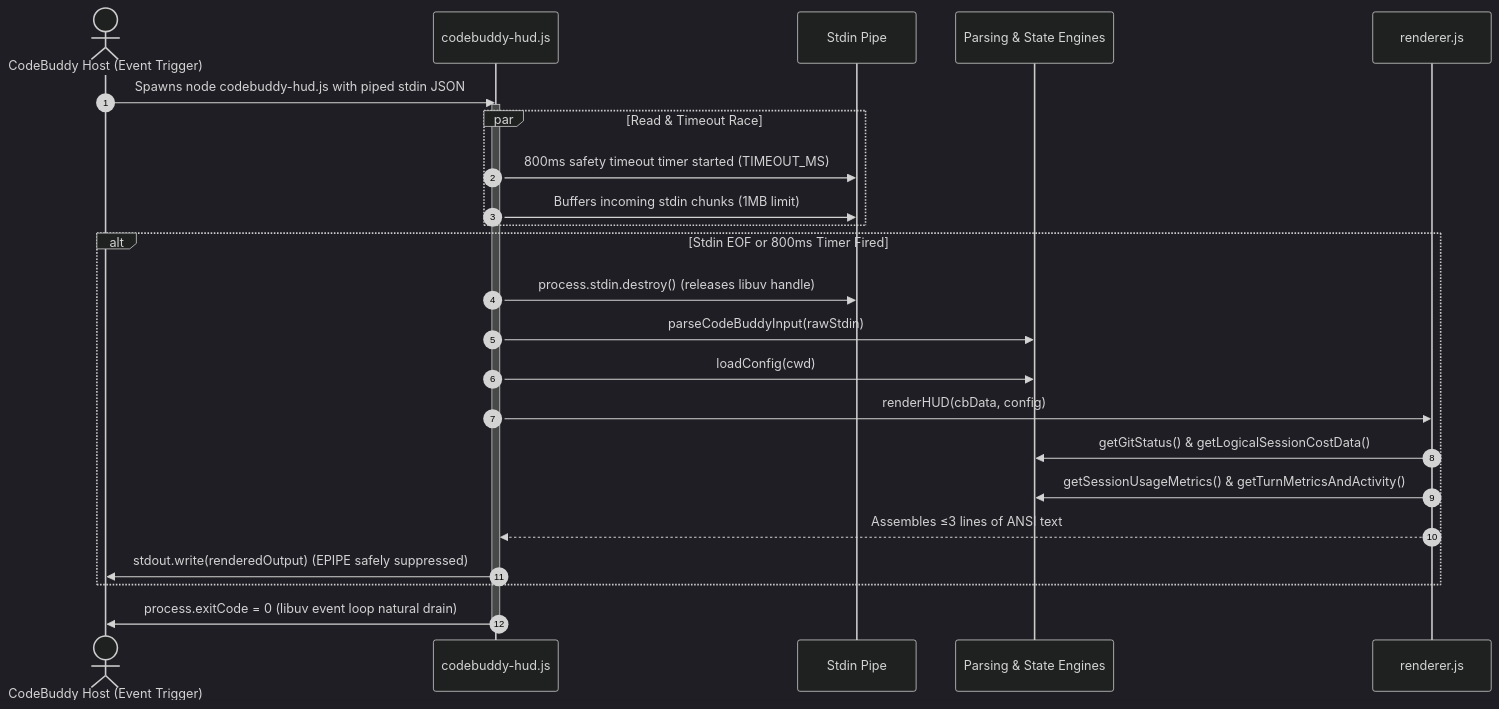
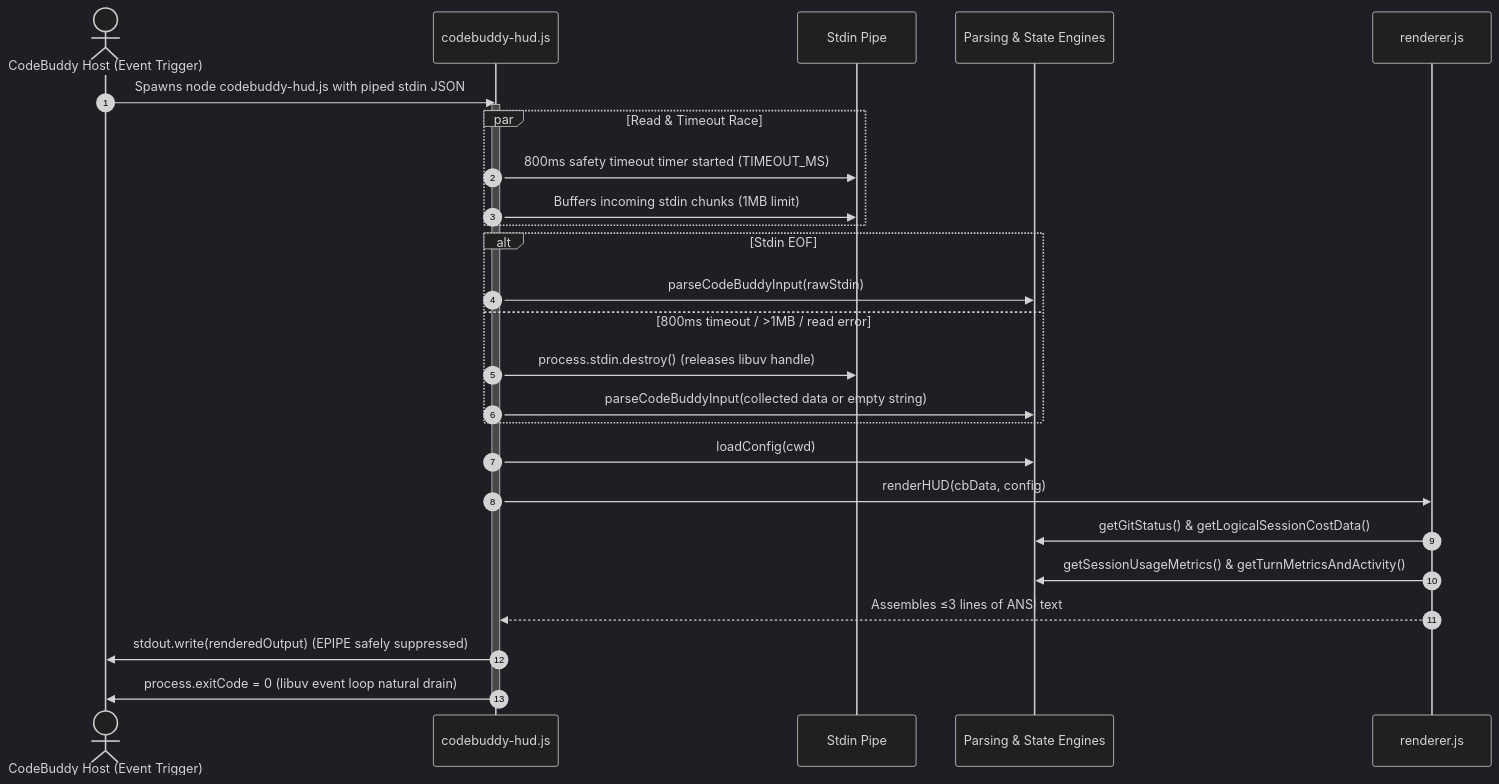
One commit to XisFool/codebuddy-hud changed the second of 2 diagrams in docs/architecture.md. Above: the diagram before and after it, drawn with Mermaid (dark theme). The commit also changed other lines of this file and 8 other files, not shown here.

````diff
--- a/docs/architecture.md
+++ b/docs/architecture.md
@@ -97,31 +120,33 @@
 ```mermaid
 sequenceDiagram
     autonumber
     actor Host as CodeBuddy Host (Event Trigger)
     participant Entry as codebuddy-hud.js
     participant Stdin as Stdin Pipe
     participant Engine as Parsing & State Engines
     participant Renderer as renderer.js
 
     Host->>Entry: Spawns node codebuddy-hud.js with piped stdin JSON
     activate Entry
     
     par Read & Timeout Race
         Entry->>Stdin: 800ms safety timeout timer started (TIMEOUT_MS)
         Entry->>Stdin: Buffers incoming stdin chunks (1MB limit)
     end
 
-    alt Stdin EOF or 800ms Timer Fired
+    alt Stdin EOF
+        Entry->>Engine: parseCodeBuddyInput(rawStdin)
+    else 800ms timeout / >1MB / read error
         Entry->>Stdin: process.stdin.destroy() (releases libuv handle)
-        Entry->>Engine: parseCodeBuddyInput(rawStdin)
-        Entry->>Engine: loadConfig(cwd)
-        Entry->>Renderer: renderHUD(cbData, config)
-        Renderer->>Engine: getGitStatus() & getLogicalSessionCostData()
-        Renderer->>Engine: getSessionUsageMetrics() & getTurnMetricsAndActivity()
-        Renderer-->>Entry: Assembles ≤3 lines of ANSI text
-        Entry->>Host: stdout.write(renderedOutput) (EPIPE safely suppressed)
+        Entry->>Engine: parseCodeBuddyInput(collected data or empty string)
     end
+    Entry->>Engine: loadConfig(cwd)
+    Entry->>Renderer: renderHUD(cbData, config)
+    Renderer->>Engine: getGitStatus() & getLogicalSessionCostData()
+    Renderer->>Engine: getSessionUsageMetrics() & getTurnMetricsAndActivity()
+    Renderer-->>Entry: Assembles ≤3 lines of ANSI text
+    Entry->>Host: stdout.write(renderedOutput) (EPIPE safely suppressed)
 
     Entry->>Host: process.exitCode = 0 (libuv event loop natural drain)
     deactivate Entry
 ```
````
